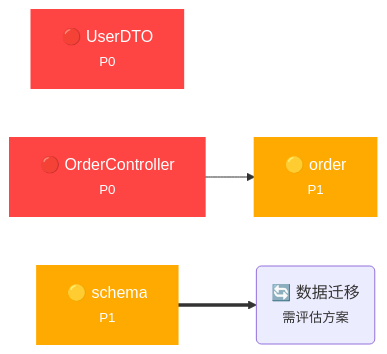
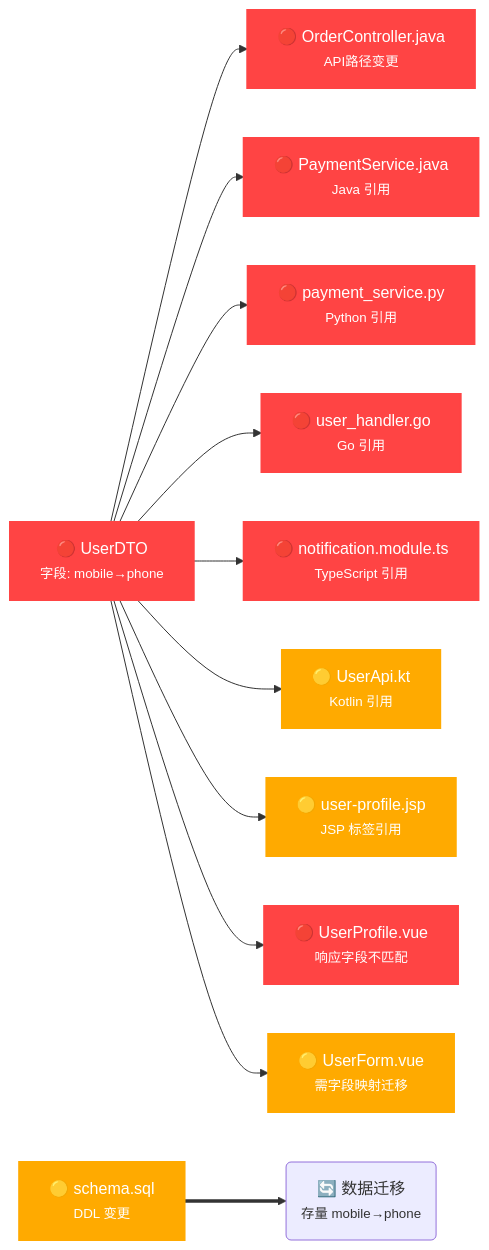
The diagram in skills/business-conflict-analyzer/docs/sample-report-zh.md (GoBeyondYang/skills), drawn with Mermaid before and after one commit. The commit also changed other lines of this file and 6 other files, not shown here.

Commit message:
feat: 重构 README Demo + 多语言示例报告 + 流程图可视化

````diff
--- a/skills/business-conflict-analyzer/docs/sample-report-zh.md
+++ b/skills/business-conflict-analyzer/docs/sample-report-zh.md
@@ -9,12 +14,29 @@
 ```mermaid
 flowchart LR
-    UserDTO[🔴 UserDTO<br/><small>P0</small>]:::riskP0
-    OrderController[🔴 OrderController<br/><small>P0</small>]:::riskP0
-    order[🟡 order<br/><small>P1</small>]:::riskP1
-    schema[🟡 schema<br/><small>P1</small>]:::riskP1
-    data_migration(🔄 数据迁移<br/><small>需评估方案</small>)
-    OrderController --> order
+    UserDTO[🔴 UserDTO<br/><small>字段: mobile→phone</small>]:::riskP0
+    OrderCtrl[🔴 OrderController.java<br/><small>API路径变更</small>]:::riskP0
+    PaymentSvc[🔴 PaymentService.java<br/><small>Java 引用</small>]:::riskP0
+    PythonSvc[🔴 payment_service.py<br/><small>Python 引用</small>]:::riskP0
+    GoSvc[🔴 user_handler.go<br/><small>Go 引用</small>]:::riskP0
+    TSSvc[🔴 notification.module.ts<br/><small>TypeScript 引用</small>]:::riskP0
+    KotlinSvc[🟡 UserApi.kt<br/><small>Kotlin 引用</small>]:::riskP1
+    JSPPage[🟡 user-profile.jsp<br/><small>JSP 标签引用</small>]:::riskP1
+    VueProfile[🔴 UserProfile.vue<br/><small>响应字段不匹配</small>]:::riskP0
+    VueForm[🟡 UserForm.vue<br/><small>需字段映射迁移</small>]:::riskP1
+    schema[🟡 schema.sql<br/><small>DDL 变更</small>]:::riskP1
+    data_migration(🔄 数据迁移<br/><small>存量 mobile→phone</small>)
+    
+    UserDTO --> OrderCtrl
+    UserDTO --> PaymentSvc
+    UserDTO --> PythonSvc
+    UserDTO --> GoSvc
+    UserDTO --> TSSvc
+    UserDTO --> KotlinSvc
+    UserDTO --> JSPPage
+    UserDTO --> VueProfile
+    UserDTO --> VueForm
     schema ==> data_migration
+
     classDef riskP0 fill:#ff4444,color:white,stroke:#ff4444,stroke-width:2px
     classDef riskP1 fill:#ffaa00,color:white,stroke:#ffaa00,stroke-width:2px
 ```
````
